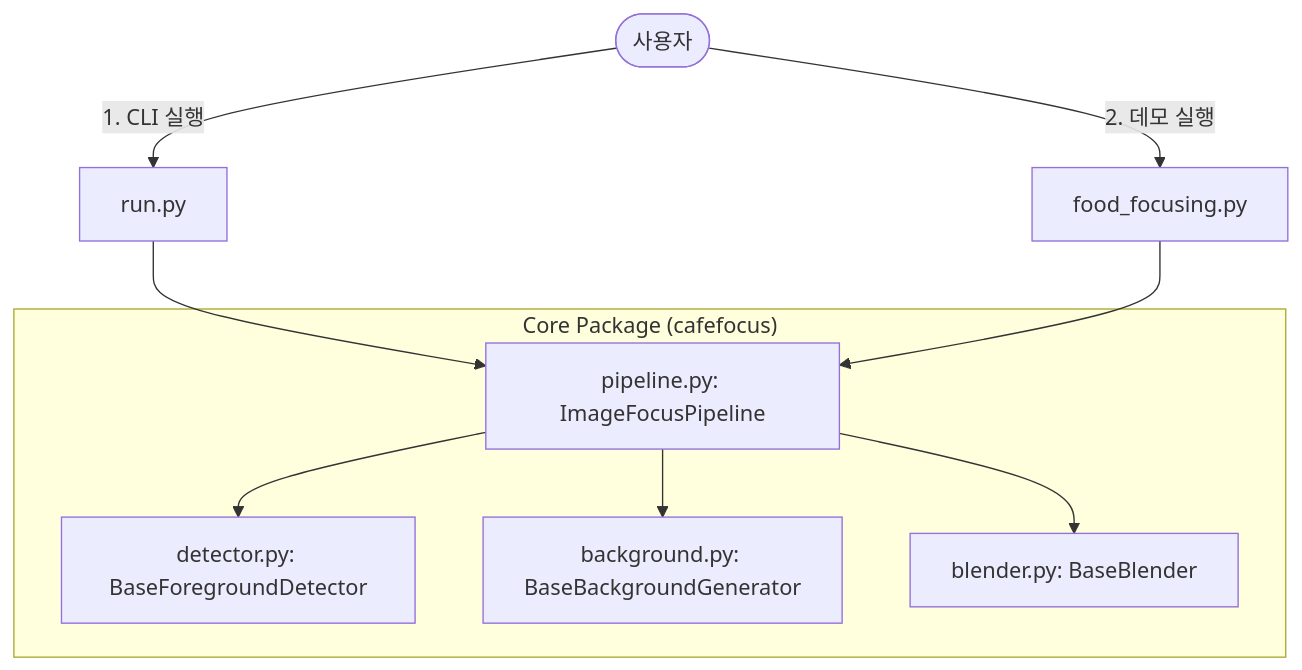
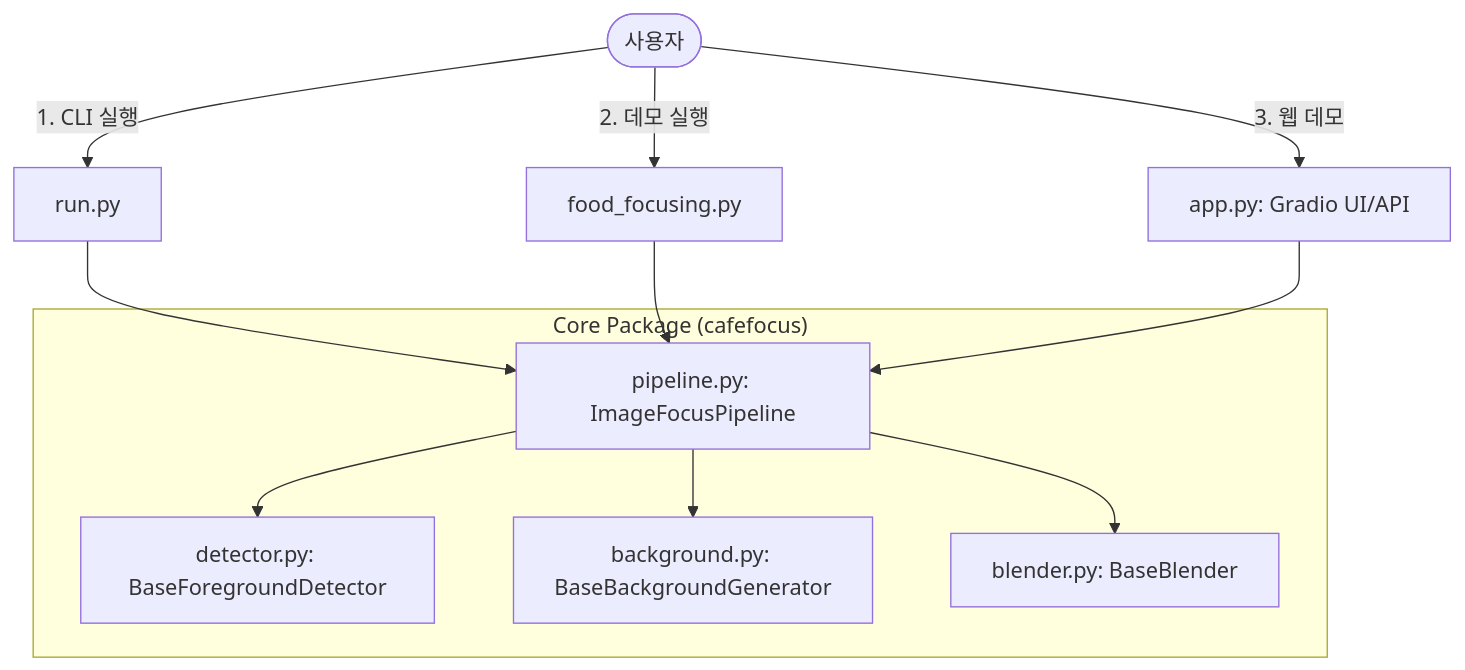
The diagram in README.md (Kim-jin-gwang/Cafe-Focusing), drawn with Mermaid before and after one commit. The commit also changed other lines of this file, not shown here.

Commit message:
docs: add live demo links and two-tier architecture section

````diff
--- a/README.md
+++ b/README.md
@@ -61,19 +80,21 @@
 ```mermaid
 graph TD
     User([사용자]) -->|1. CLI 실행| Run[run.py]
     User -->|2. 데모 실행| Demo[food_focusing.py]
+    User -->|3. 웹 데모| App[app.py: Gradio UI/API]
     
     subgraph core_package ["Core Package (cafefocus)"]
         Pipeline[pipeline.py: ImageFocusPipeline]
         Detector[detector.py: BaseForegroundDetector]
         Background[background.py: BaseBackgroundGenerator]
         Blender[blender.py: BaseBlender]
         
         Pipeline --> Detector
         Pipeline --> Background
         Pipeline --> Blender
     end
     
     Run --> Pipeline
     Demo --> Pipeline
+    App --> Pipeline
 ```
````
